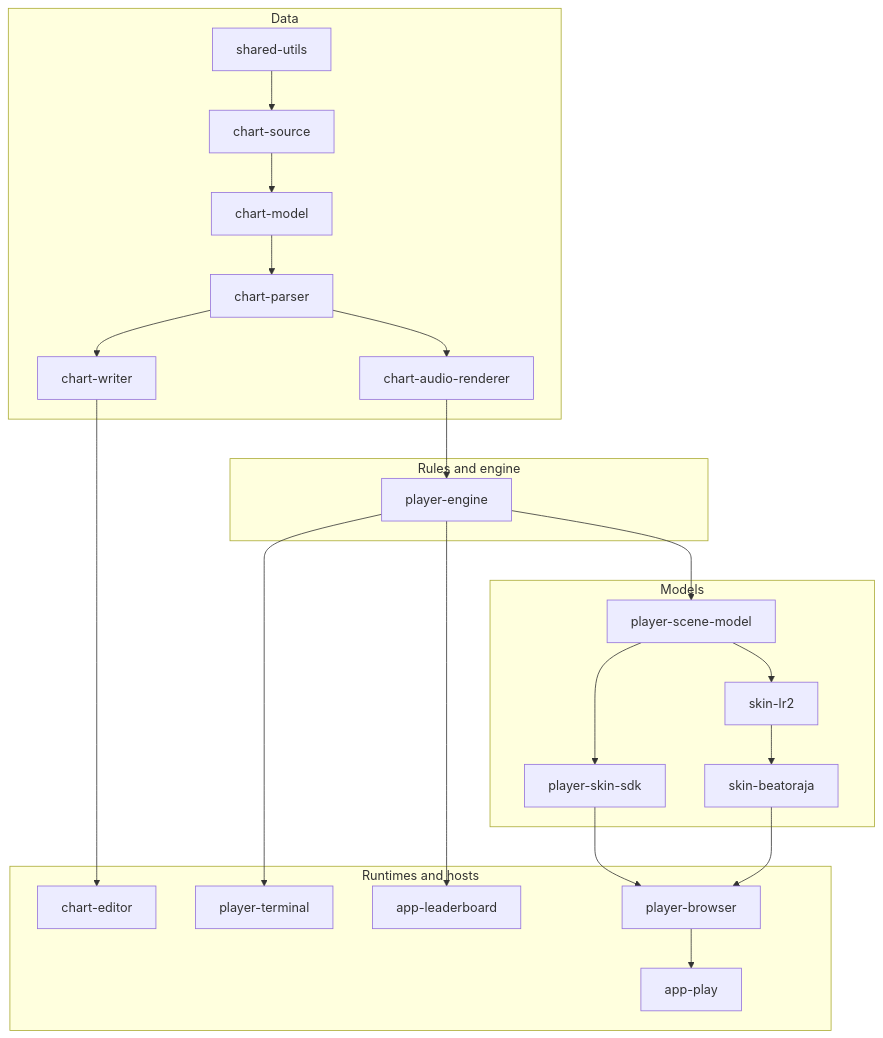
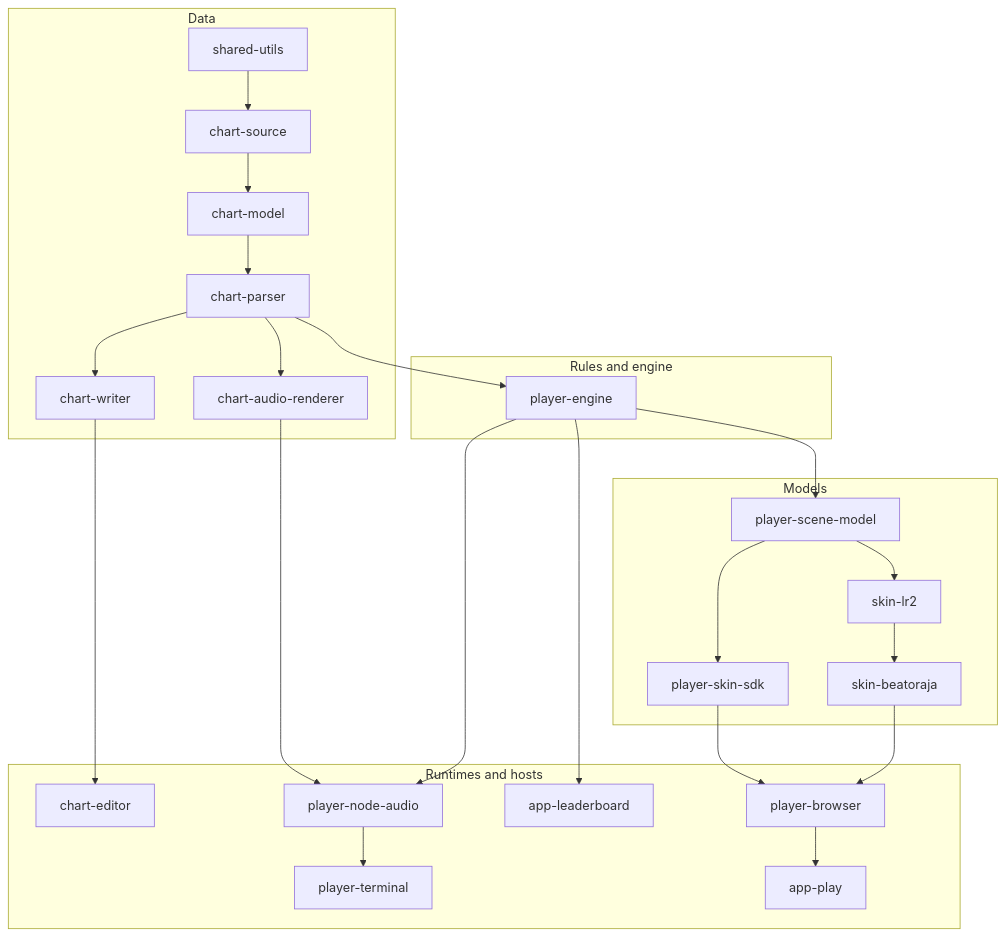
The first of 2 diagrams in README.md (nulltask/be-music), drawn with Mermaid before and after one commit. The commit also changed other lines of this file and 58 other files, not shown here.

Commit message:
refactor(player): extract the Node audio adapter

````diff
--- a/README.md
+++ b/README.md
@@ -30,35 +30,37 @@
 ```mermaid
 flowchart TD
   subgraph data["Data"]
     utils["shared-utils"] --> json["chart-source"] --> chart["chart-model"] --> parser["chart-parser"]
     parser --> chart-writer["chart-writer"]
     parser --> renderer["chart-audio-renderer"]
   end
   subgraph rules["Rules and engine"]
     player["player-engine"]
   end
   subgraph models["Models"]
     scene["player-scene-model"]
     sdk["player-skin-sdk"]
     lr2["skin-lr2"]
     beatoraja["skin-beatoraja"]
   end
   subgraph hosts["Runtimes and hosts"]
     editor["chart-editor"]
     tui["player-terminal"]
+    nodeaudio["player-node-audio"]
     lb["app-leaderboard"]
     web["player-browser"]
     demo["app-play"]
   end
 
   chart-writer --> editor
-  renderer --> player
+  parser --> player
+  renderer --> nodeaudio
   player --> scene
-  player --> tui
+  player --> nodeaudio --> tui
   player --> lb
   scene --> sdk
   scene --> lr2 --> beatoraja
   sdk --> web
   beatoraja --> web
   web --> demo
 ```
````
